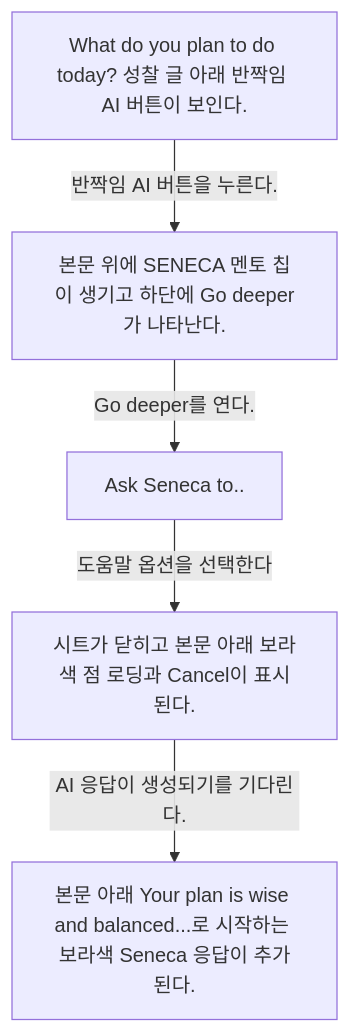
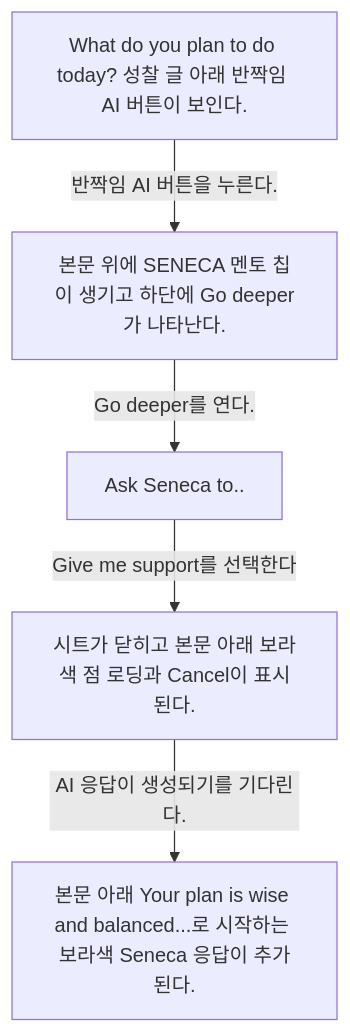
One commit to Dev-Corgi/Stoic-Build-Clone-Test changed the diagram in docs/Stoic/flows/asking-ai-for-insights-from-logging-a-daily-reflection--a84f10c7/README.md. Above: the diagram before and after it, drawn with Mermaid. The commit also changed other lines of this file and 23 other files, not shown here.

Commit message:
docs: verify Stoic flows with user-confirmed transitions

````diff
--- a/docs/Stoic/flows/asking-ai-for-insights-from-logging-a-daily-reflection--a84f10c7/README.md
+++ b/docs/Stoic/flows/asking-ai-for-insights-from-logging-a-daily-reflection--a84f10c7/README.md
@@ -8,12 +8,12 @@
 ```mermaid
 flowchart TD
   S1["What do you plan to do today? 성찰 글 아래 반짝임 AI 버튼이 보인다."]
   S1 -->|반짝임 AI 버튼을 누른다.| S2
   S2["본문 위에 SENECA 멘토 칩이 생기고 하단에 Go deeper가 나타난다."]
   S2 -->|Go deeper를 연다.| S3
   S3["Ask Seneca to.."]
-  S3 -->|도움말 옵션을 선택한다| S4
+  S3 -->|Give me support를 선택한다| S4
   S4["시트가 닫히고 본문 아래 보라색 점 로딩과 Cancel이 표시된다."]
   S4 -->|AI 응답이 생성되기를 기다린다.| S5
   S5["본문 아래 Your plan is wise and balanced...로 시작하는 보라색 Seneca 응답이 추가된다."]
 ```
````
